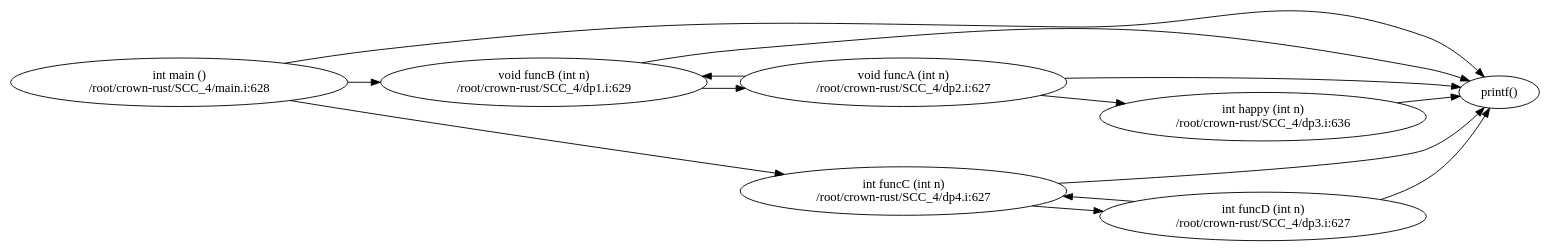
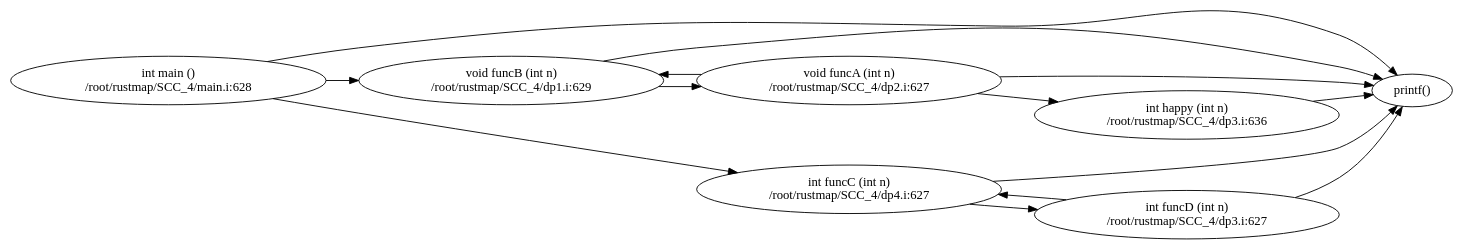
The diagram in SCC_recursive_study/SCC_4_RecursiveDependencyDemo/callgraph.dot (SheldonHH/RustMap), drawn with Graphviz before and after one commit. The commit also changed 147 other files, not shown here.

```diff
--- a/SCC_recursive_study/SCC_4_RecursiveDependencyDemo/callgraph.dot
+++ b/SCC_recursive_study/SCC_4_RecursiveDependencyDemo/callgraph.dot
@@ -1,29 +1,29 @@
 digraph G {
 rankdir="LR";
     main [label="int main ()
-/root/crown-rust/SCC_4/main.i:628"]
+/root/rustmap/SCC_4/main.i:628"]
     main -> printf
     main -> funcB
     main -> funcC
     printf [label="printf()"]
     funcB [label="void funcB (int n)
-/root/crown-rust/SCC_4/dp1.i:629"]
+/root/rustmap/SCC_4/dp1.i:629"]
     funcB -> printf
     funcB -> funcA
     funcA [label="void funcA (int n)
-/root/crown-rust/SCC_4/dp2.i:627"]
+/root/rustmap/SCC_4/dp2.i:627"]
     funcA -> printf
     funcA -> happy
     funcA -> funcB
     happy [label="int happy (int n)
-/root/crown-rust/SCC_4/dp3.i:636"]
+/root/rustmap/SCC_4/dp3.i:636"]
     happy -> printf
     funcC [label="int funcC (int n)
-/root/crown-rust/SCC_4/dp4.i:627"]
+/root/rustmap/SCC_4/dp4.i:627"]
     funcC -> printf
     funcC -> funcD
     funcD [label="int funcD (int n)
-/root/crown-rust/SCC_4/dp3.i:627"]
+/root/rustmap/SCC_4/dp3.i:627"]
     funcD -> printf
     funcD -> funcC
 }
```
